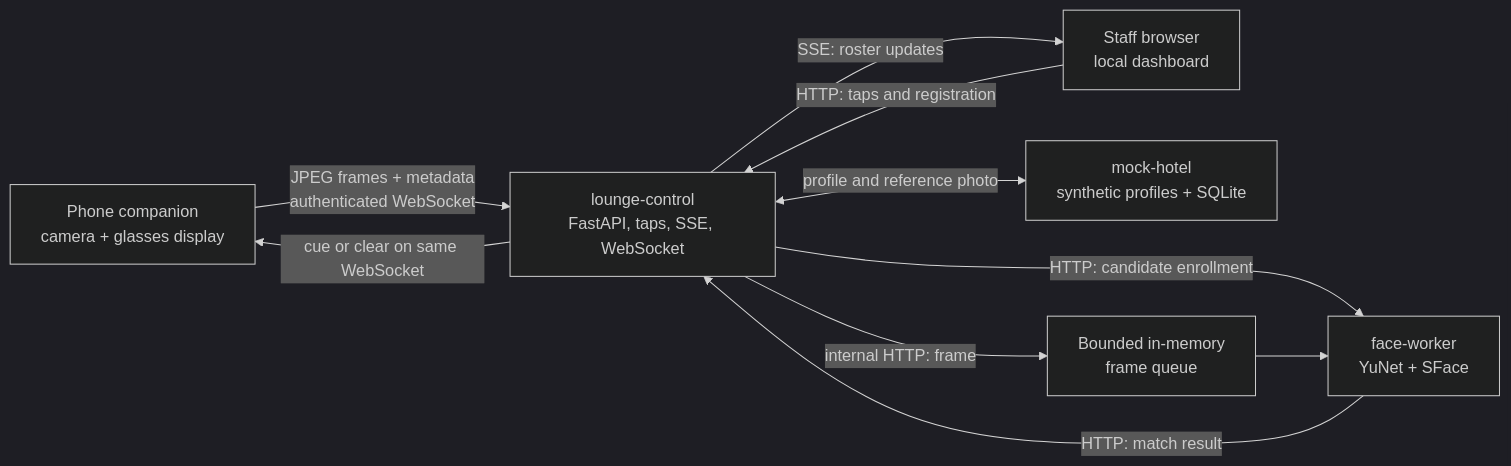
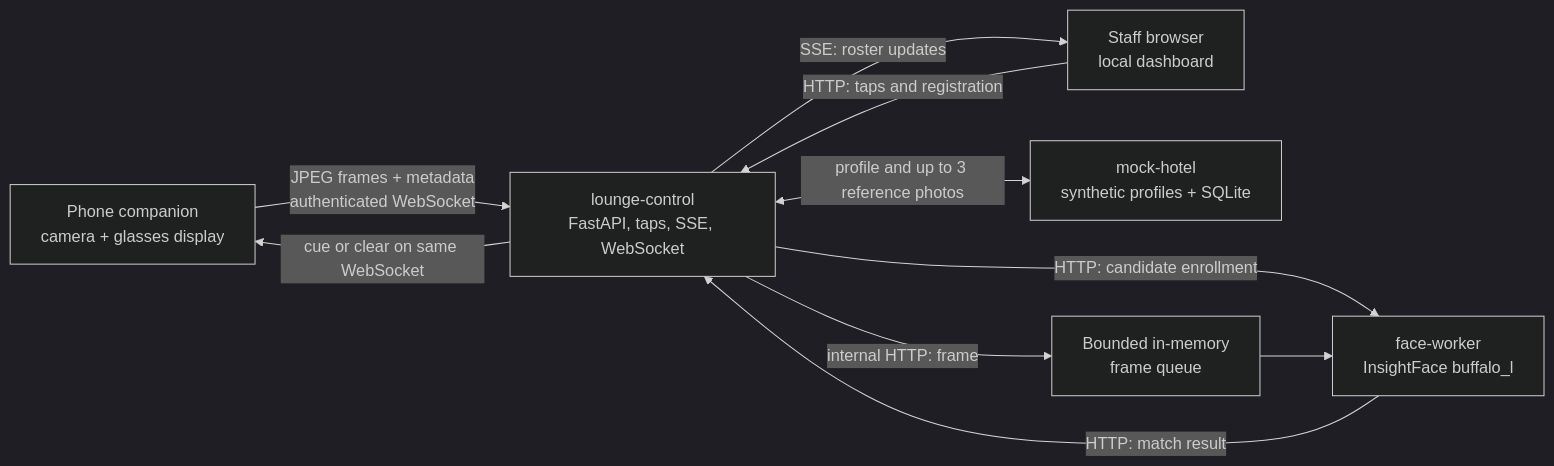
One commit to wongwh2002/CDE4301-Hotel-Hospitality changed the diagram in docs/architecture/face-recognition-demo.md. Above: the diagram before and after it, drawn with Mermaid (dark theme). The commit also changed other lines of this file and 24 other files, not shown here.

````diff
--- a/docs/architecture/face-recognition-demo.md
+++ b/docs/architecture/face-recognition-demo.md
@@ -11,19 +11,19 @@
 ```mermaid
 flowchart LR
   Phone[Phone companion<br/>camera + glasses display]
   Staff[Staff browser<br/>local dashboard]
   LC[lounge-control<br/>FastAPI, taps, SSE, WebSocket]
   Hotel[mock-hotel<br/>synthetic profiles + SQLite]
   Queue[Bounded in-memory<br/>frame queue]
-  FW[face-worker<br/>YuNet + SFace]
+  FW[face-worker<br/>InsightFace buffalo_l]
 
   Staff -->|HTTP: taps and registration| LC
   LC -->|SSE: roster updates| Staff
-  LC <-->|profile and reference photo| Hotel
+  LC <-->|profile and up to 3 reference photos| Hotel
   LC -->|HTTP: candidate enrollment| FW
   Phone -->|JPEG frames + metadata<br/>authenticated WebSocket| LC
   LC -->|internal HTTP: frame| Queue
   Queue --> FW
   FW -->|HTTP: match result| LC
   LC -->|cue or clear on same WebSocket| Phone
 ```
````
